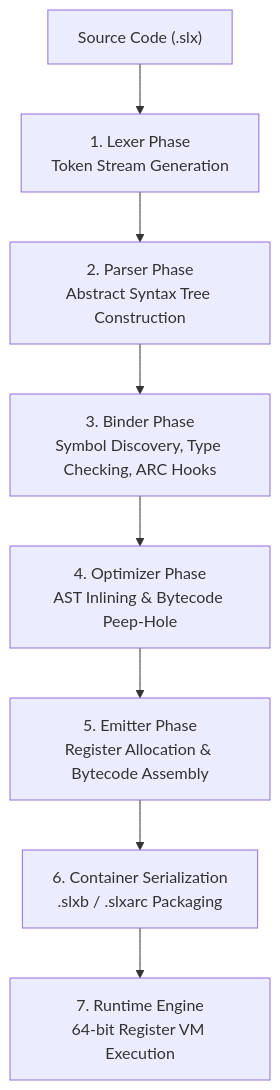
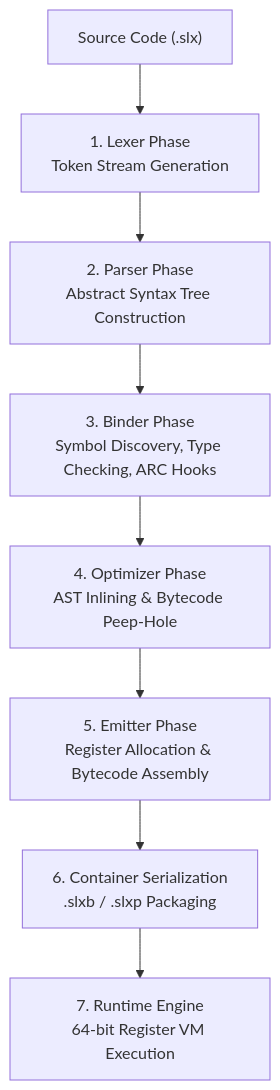
Before and after one commit to Jehudme/solix-language: the diagram in docs/architecture/pipeline.md, drawn with Mermaid. The commit also changed other lines of this file and 53 other files, not shown here.

````diff
--- a/docs/architecture/pipeline.md
+++ b/docs/architecture/pipeline.md
@@ -9,10 +9,10 @@
 ```mermaid
 flowchart TD
     SourceFiles["Source Code (.slx)"] --> LexerPhase["1. Lexer Phase\nToken Stream Generation"]
     LexerPhase --> ParserPhase["2. Parser Phase\nAbstract Syntax Tree Construction"]
     ParserPhase --> BinderPhase["3. Binder Phase\nSymbol Discovery, Type Checking, ARC Hooks"]
     BinderPhase --> OptimizerPhase["4. Optimizer Phase\nAST Inlining & Bytecode Peep-Hole"]
     OptimizerPhase --> EmitterPhase["5. Emitter Phase\nRegister Allocation & Bytecode Assembly"]
-    EmitterPhase --> ContainerSerialization["6. Container Serialization\n.slxb / .slxarc Packaging"]
+    EmitterPhase --> ContainerSerialization["6. Container Serialization\n.slxb / .slxp Packaging"]
     ContainerSerialization --> RuntimeVM["7. Runtime Engine\n64-bit Register VM Execution"]
 ```
````
